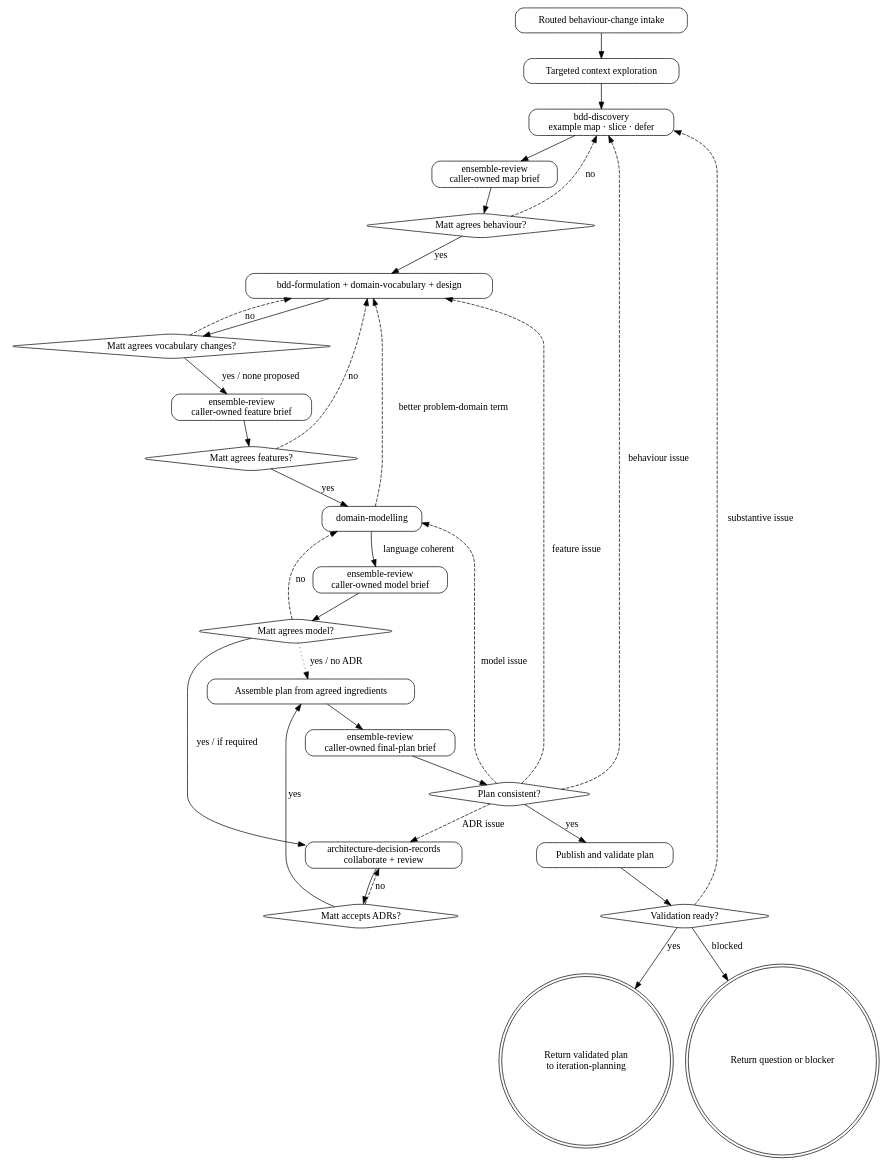
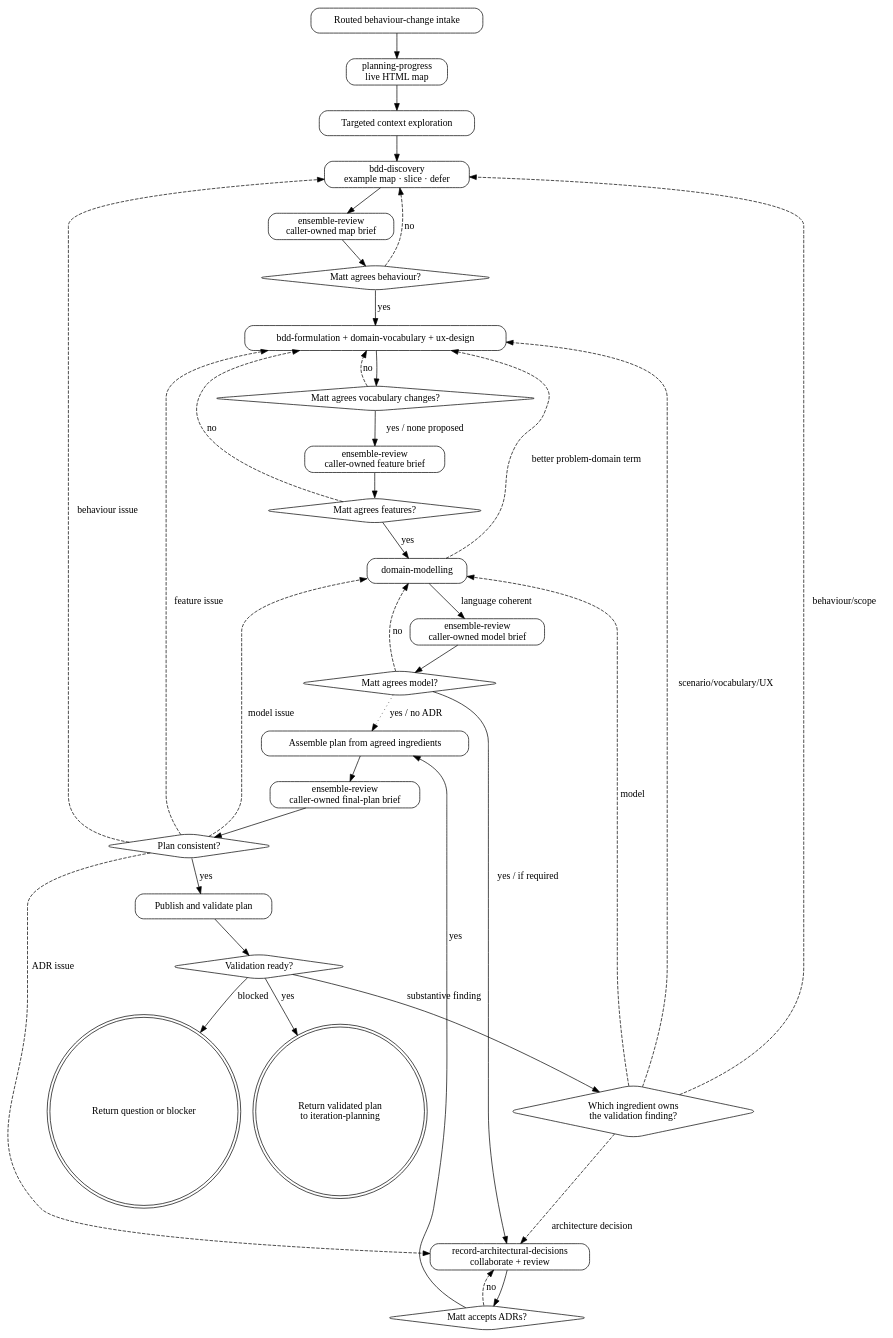
One commit to mattwynne/memba changed the diagram in .pi/skills/behaviour-iteration-planning/SKILL.md. Above: the diagram before and after it, drawn with Graphviz. The commit also changed other lines of this file and 9 other files, not shown here.

Commit message:
Action planning skill review feedback

````diff
--- a/.pi/skills/behaviour-iteration-planning/SKILL.md
+++ b/.pi/skills/behaviour-iteration-planning/SKILL.md
@@ -82,57 +74,63 @@
 ```dot
 digraph behaviour_iteration_planning {
   rankdir=TB;
   node [shape=box, style="rounded"];
 
   intake [label="Routed behaviour-change intake"];
+  progress [label="planning-progress\nlive HTML map"];
   context [label="Targeted context exploration"];
   map [label="bdd-discovery\nexample map · slice · defer"];
   map_review [label="ensemble-review\ncaller-owned map brief"];
   behaviour [shape=diamond, label="Matt agrees behaviour?"];
-  formulate [label="bdd-formulation + domain-vocabulary + design"];
+  formulate [label="bdd-formulation + domain-vocabulary + ux-design"];
   vocabulary [shape=diamond, label="Matt agrees vocabulary changes?"];
   gherkin_review [label="ensemble-review\ncaller-owned feature brief"];
   features [shape=diamond, label="Matt agrees features?"];
   model [label="domain-modelling"];
   model_review [label="ensemble-review\ncaller-owned model brief"];
   model_agreed [shape=diamond, label="Matt agrees model?"];
-  adr [label="architecture-decision-records\ncollaborate + review"];
+  adr [label="record-architectural-decisions\ncollaborate + review"];
   adr_accept [shape=diamond, label="Matt accepts ADRs?"];
   assemble [label="Assemble plan from agreed ingredients"];
   final_review [label="ensemble-review\ncaller-owned final-plan brief"];
   consistent [shape=diamond, label="Plan consistent?"];
   publish [label="Publish and validate plan"];
   validated [shape=diamond, label="Validation ready?"];
+  validation_route [shape=diamond, label="Which ingredient owns\nthe validation finding?"];
   result [shape=doublecircle, label="Return validated plan\nto iteration-planning"];
   blocker [shape=doublecircle, label="Return question or blocker"];
 
-  intake -> context -> map -> map_review -> behaviour;
+  intake -> progress -> context -> map -> map_review -> behaviour;
   behaviour -> map [label="no", style=dashed];
   behaviour -> formulate [label="yes"];
   formulate -> vocabulary;
   vocabulary -> formulate [label="no", style=dashed];
   vocabulary -> gherkin_review [label="yes / none proposed"];
   gherkin_review -> features;
   features -> formulate [label="no", style=dashed];
   features -> model [label="yes"];
   model -> formulate [label="better problem-domain term", style=dashed];
   model -> model_review [label="language coherent"];
   model_review -> model_agreed;
   model_agreed -> model [label="no", style=dashed];
   model_agreed -> adr [label="yes / if required"];
   adr -> adr_accept;
   adr_accept -> adr [label="no", style=dashed];
   adr_accept -> assemble [label="yes"];
   model_agreed -> assemble [label="yes / no ADR", style=dotted];
   assemble -> final_review -> consistent;
   consistent -> publish [label="yes"];
   consistent -> map [label="behaviour issue", style=dashed];
   consistent -> formulate [label="feature issue", style=dashed];
   consistent -> model [label="model issue", style=dashed];
   consistent -> adr [label="ADR issue", style=dashed];
   publish -> validated;
   validated -> result [label="yes"];
   validated -> blocker [label="blocked"];
-  validated -> map [label="substantive issue", style=dashed];
+  validated -> validation_route [label="substantive finding"];
+  validation_route -> map [label="behaviour/scope", style=dashed];
+  validation_route -> formulate [label="scenario/vocabulary/UX", style=dashed];
+  validation_route -> model [label="model", style=dashed];
+  validation_route -> adr [label="architecture decision", style=dashed];
 }
 ```
````
